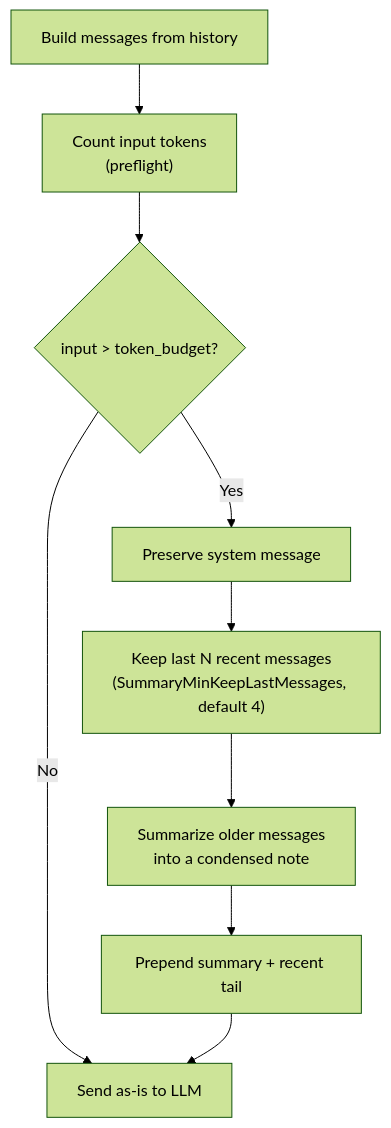
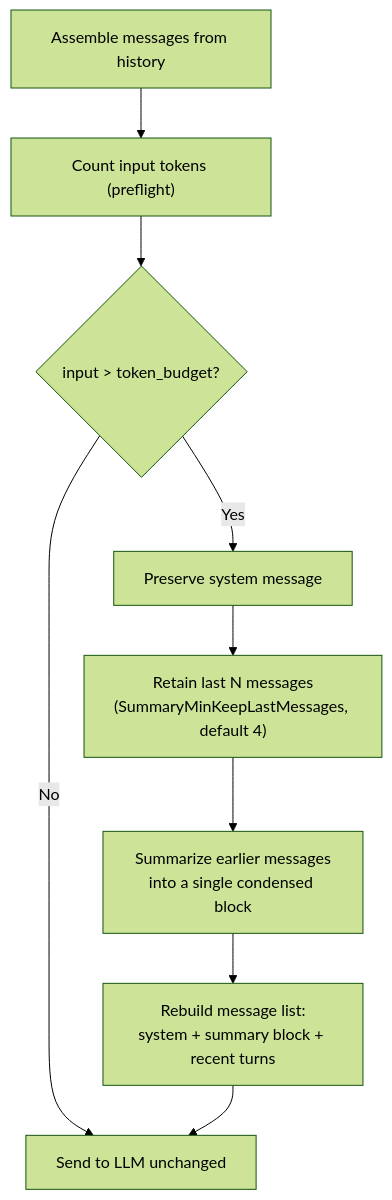
The second of 9 diagrams in content/manifold-memory-systems.md (intelligencedev/intelligence-web), drawn with Mermaid (forest theme) before and after one commit. The commit also changed other lines of this file, not shown here.

```diff
--- a/content/manifold-memory-systems.md
+++ b/content/manifold-memory-systems.md
@@ -116,11 +108,11 @@
 <pre class="mermaid">
 flowchart TD
-    A["Build messages from history"] --> B["Count input tokens<br/>(preflight)"]
-    B --> C{"input &gt; token_budget?"}
-    C -->|No| D["Send as-is to LLM"]
+    A["Assemble messages from history"] --> B["Count input tokens (preflight)"]
+    B --> C{"input > token_budget?"}
+    C -->|No| D["Send to LLM unchanged"]
     C -->|Yes| E["Preserve system message"]
-    E --> F["Keep last N recent messages<br/>(SummaryMinKeepLastMessages, default 4)"]
-    F --> G["Summarize older messages<br/>into a condensed note"]
-    G --> H["Prepend summary + recent tail"]
+    E --> F["Retain last N messages<br/>(SummaryMinKeepLastMessages, default 4)"]
+    F --> G["Summarize earlier messages<br/>into a single condensed block"]
+    G --> H["Rebuild message list:<br/>system + summary block + recent turns"]
     H --> D
 </pre>
```
